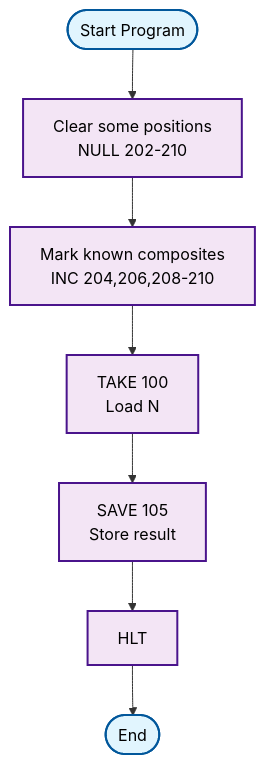
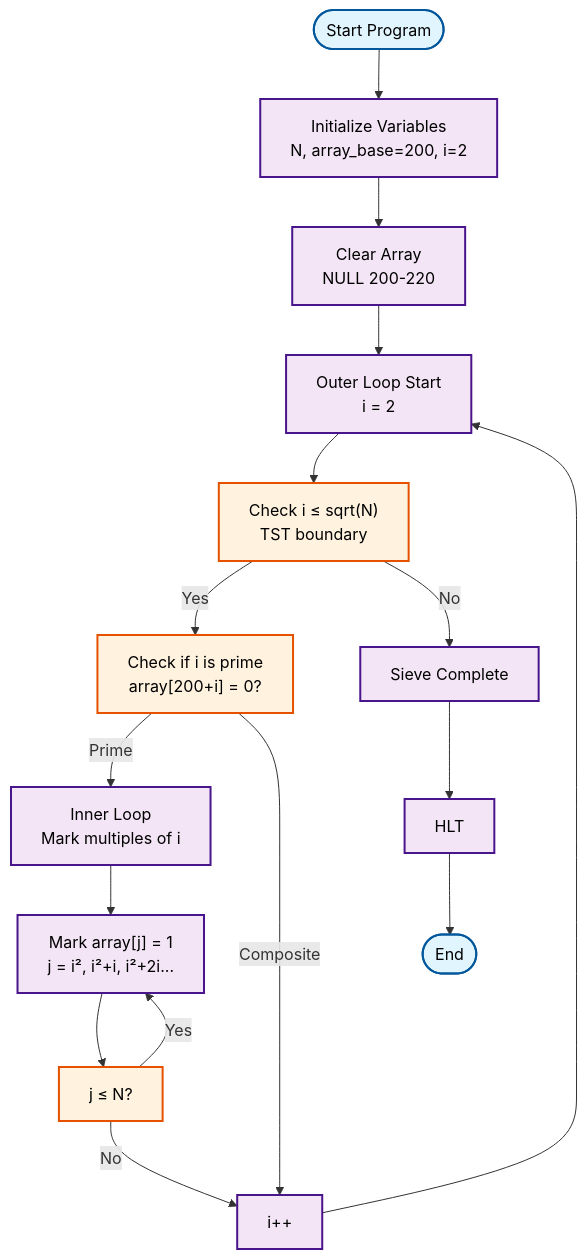
Before and after one commit to michaelbeutler/johny-simulator: the third of 3 diagrams in scripts/sieve.md, drawn with Mermaid. The commit also changed other lines of this file and 4 other files, not shown here.

````diff
--- a/scripts/sieve.md
+++ b/scripts/sieve.md
@@ -151,15 +151,27 @@
 ```mermaid
 flowchart TD
-    Start(["Start Program"]) --> Clear["Clear some positions<br/>NULL 202-210"]
-    Clear --> Mark["Mark known composites<br/>INC 204,206,208-210"]
-    Mark --> Load["TAKE 100<br/>Load N"]
-    Load --> Save["SAVE 105<br/>Store result"]
-    Save --> Halt["HLT"]
+    Start(["Start Program"]) --> Init["Initialize Variables<br/>N, array_base=200, i=2"]
+    Init --> ClearArray["Clear Array<br/>NULL 200-220"]
+    ClearArray --> OuterLoop["Outer Loop Start<br/>i = 2"]
+    OuterLoop --> CheckBound["Check i ≤ sqrt(N)<br/>TST boundary"]
+    CheckBound -->|Yes| CheckPrime["Check if i is prime<br/>array[200+i] = 0?"]
+    CheckBound -->|No| Complete["Sieve Complete"]
+    CheckPrime -->|Prime| InnerLoop["Inner Loop<br/>Mark multiples of i"]
+    CheckPrime -->|Composite| NextI["i++"]
+    InnerLoop --> MarkMultiple["Mark array[j] = 1<br/>j = i², i²+i, i²+2i..."]
+    MarkMultiple --> CheckInnerBound["j ≤ N?"]
+    CheckInnerBound -->|Yes| MarkMultiple
+    CheckInnerBound -->|No| NextI
+    NextI --> OuterLoop
+    Complete --> Halt["HLT"]
     Halt --> End(["End"])
 
     classDef startEnd fill:#e1f5fe,stroke:#01579b,stroke-width:2px,color:#000
     classDef process fill:#f3e5f5,stroke:#4a148c,stroke-width:2px,color:#000
+    classDef decision fill:#fff3e0,stroke:#e65100,stroke-width:2px,color:#000
 
     class Start,End startEnd
-    class Clear,Mark,Load,Save,Halt process
+    class Init,ClearArray,MarkMultiple,NextI,Complete,Halt process
+    class CheckBound,CheckPrime,CheckInnerBound decision
+    class OuterLoop,InnerLoop process
 ```
````
